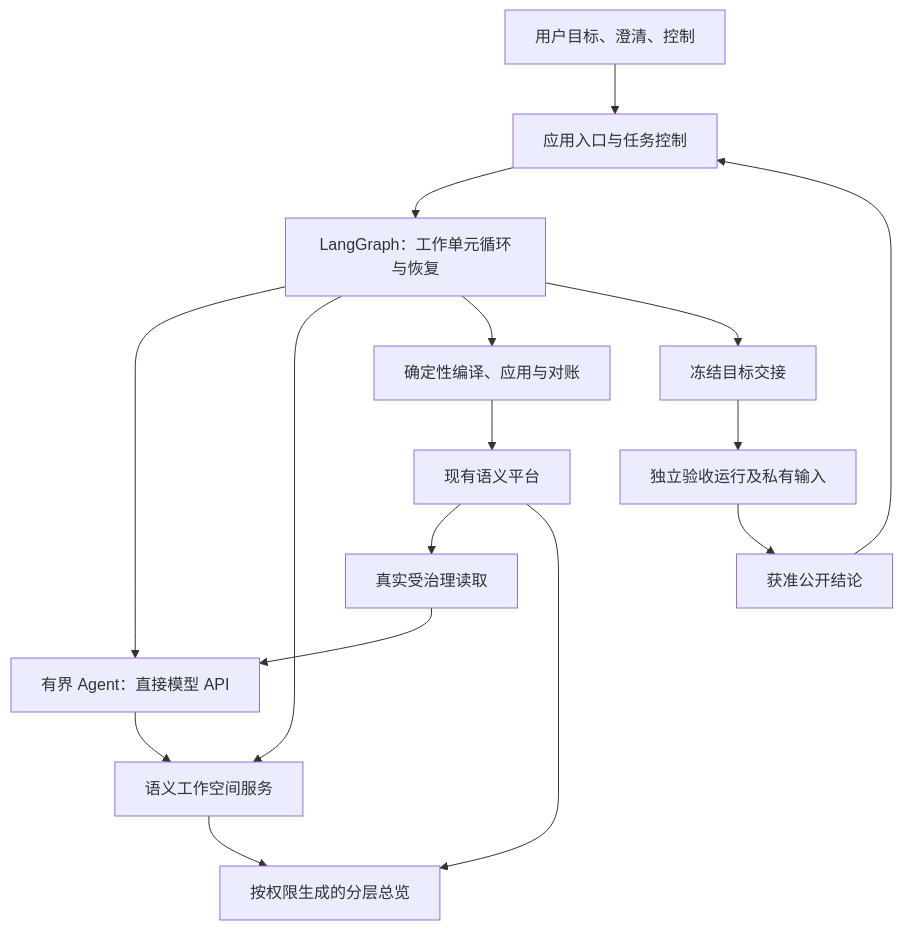
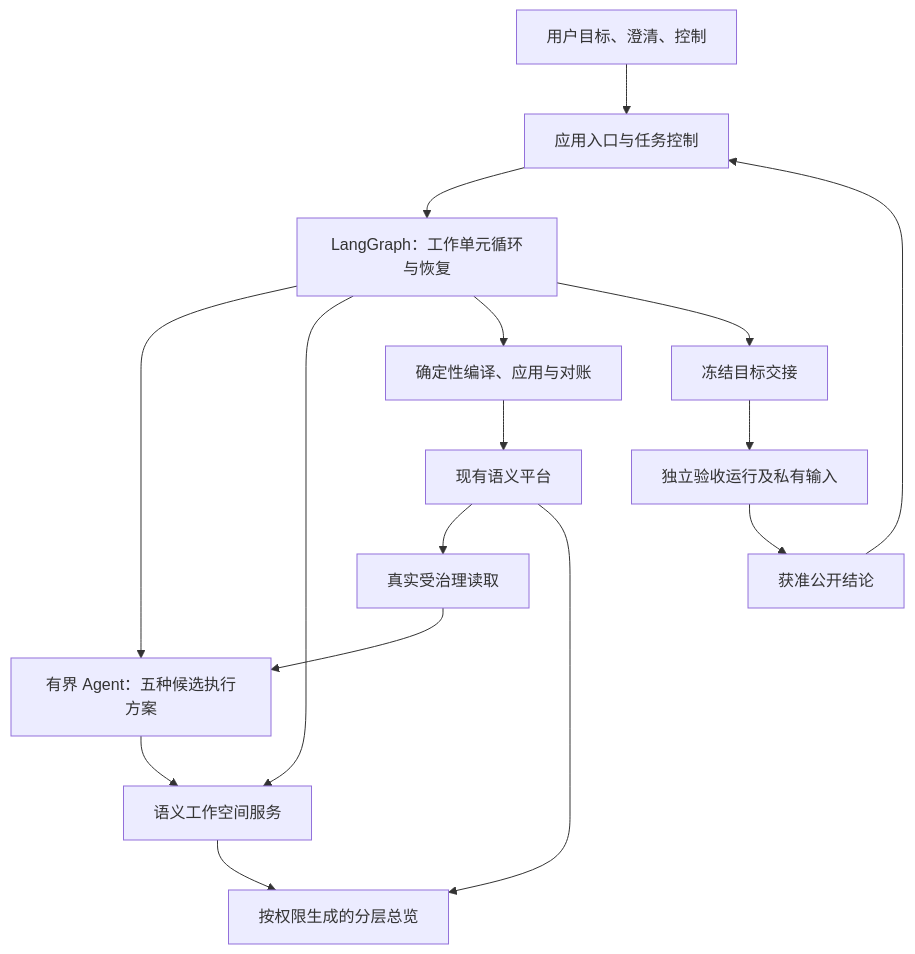
The diagram in docs/research/2026-10-27-v5-modeling-team-orchestration-options.md (yemmmm/ontology-platform), drawn with Mermaid before and after one commit. The commit also changed other lines of this file and 2 other files, not shown here.

Commit message:
Compare v5 agent runtime options

````diff
--- a/docs/research/2026-10-27-v5-modeling-team-orchestration-options.md
+++ b/docs/research/2026-10-27-v5-modeling-team-orchestration-options.md
@@ -82,18 +84,18 @@
 ```mermaid
 flowchart TB
     U[用户目标、澄清、控制] --> O[应用入口与任务控制]
     O --> G[LangGraph：工作单元循环与恢复]
-    G --> A[有界 Agent：直接模型 API]
+    G --> A[有界 Agent：五种候选执行方案]
     A --> W[语义工作空间服务]
     G --> W
     G --> X[确定性编译、应用与对账]
     X --> P[现有语义平台]
     P --> R[真实受治理读取]
     R --> A
     W --> V[按权限生成的分层总览]
     P --> V
     G --> H[冻结目标交接]
     H --> E[独立验收运行及私有输入]
     E --> F[获准公开结论]
     F --> O
 ```
````
